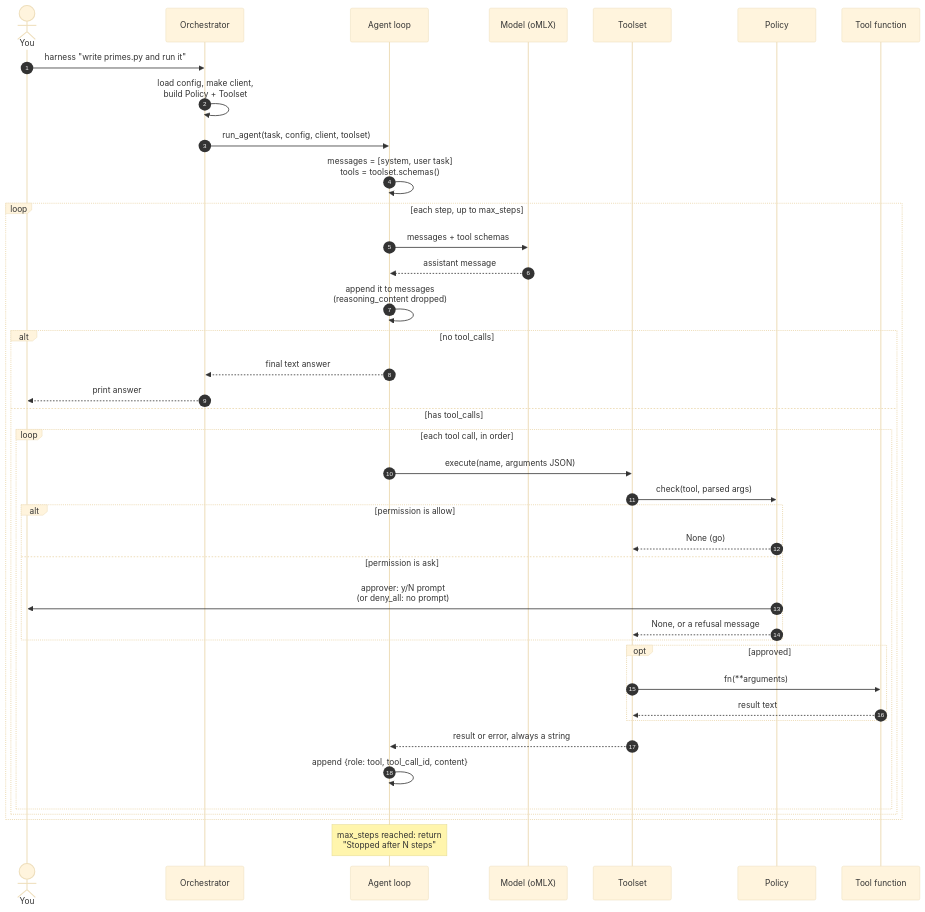
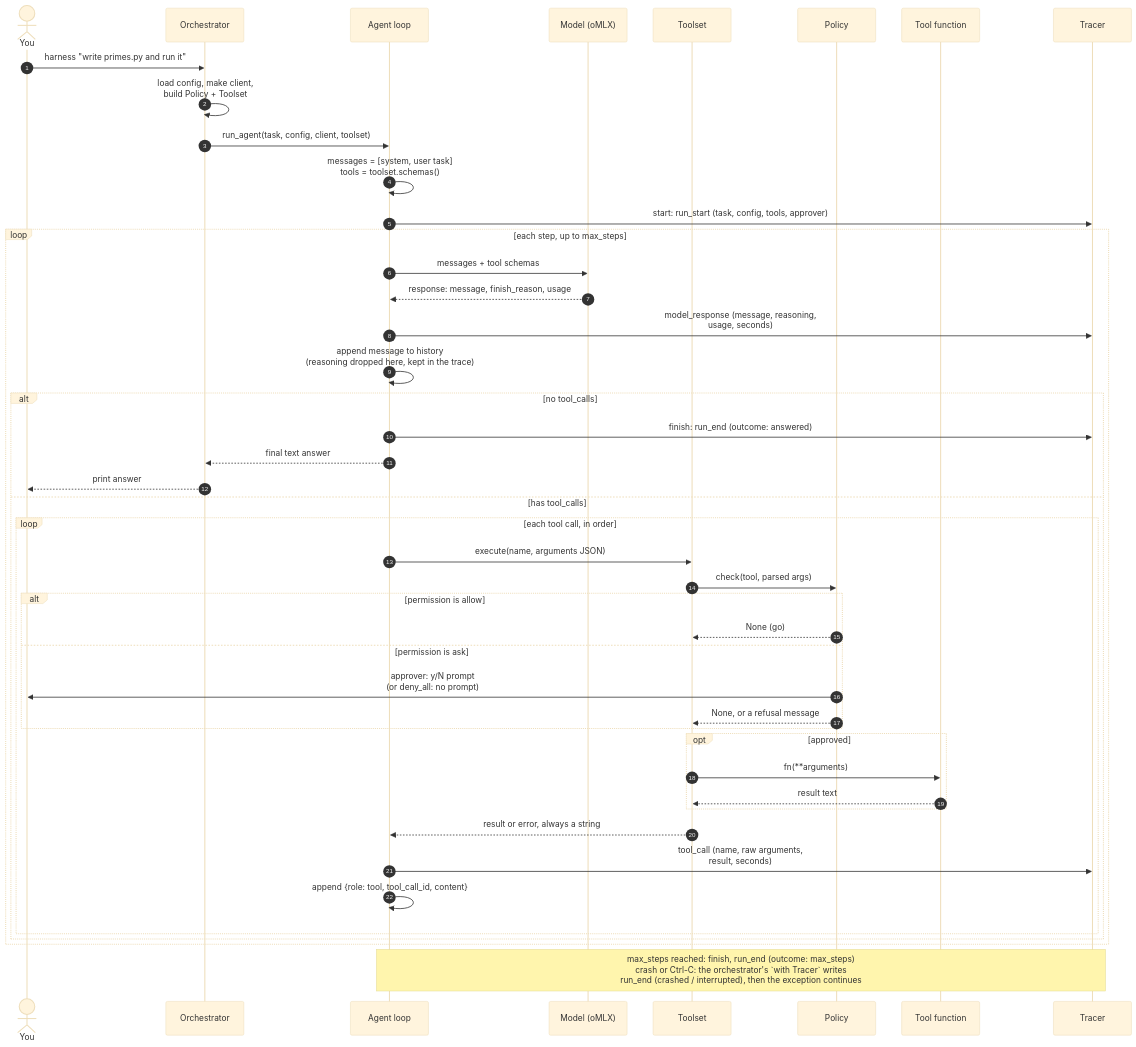
The second of 4 diagrams in visual_representation.md (adgnvtefc/agentic-harness), drawn with Mermaid (base theme) before and after one commit. The commit also changed other lines of this file and 9 other files, not shown here.

````diff
--- a/visual_representation.md
+++ b/visual_representation.md
@@ -60,44 +64,49 @@
 ```mermaid
 sequenceDiagram
     autonumber
     actor You
     participant O as Orchestrator
     participant A as Agent loop
     participant M as Model (oMLX)
     participant T as Toolset
     participant P as Policy
     participant F as Tool function
+    participant R as Tracer
 
     You->>O: harness "write primes.py and run it"
     O->>O: load config, make client,<br/>build Policy + Toolset
     O->>A: run_agent(task, config, client, toolset)
     A->>A: messages = [system, user task]<br/>tools = toolset.schemas()
+    A->>R: start: run_start (task, config, tools, approver)
 
     loop each step, up to max_steps
         A->>M: messages + tool schemas
-        M-->>A: assistant message
-        A->>A: append it to messages<br/>(reasoning_content dropped)
+        M-->>A: response: message, finish_reason, usage
+        A->>R: model_response (message, reasoning,<br/>usage, seconds)
+        A->>A: append message to history<br/>(reasoning dropped here, kept in the trace)
         alt no tool_calls
+            A->>R: finish: run_end (outcome: answered)
             A-->>O: final text answer
             O-->>You: print answer
         else has tool_calls
             loop each tool call, in order
                 A->>T: execute(name, arguments JSON)
                 T->>P: check(tool, parsed args)
                 alt permission is allow
                     P-->>T: None (go)
                 else permission is ask
                     P->>You: approver: y/N prompt<br/>(or deny_all: no prompt)
                     P-->>T: None, or a refusal message
                 end
                 opt approved
                     T->>F: fn(**arguments)
                     F-->>T: result text
                 end
                 T-->>A: result or error, always a string
+                A->>R: tool_call (name, raw arguments,<br/>result, seconds)
                 A->>A: append {role: tool, tool_call_id, content}
             end
         end
     end
-    Note over A: max_steps reached: return<br/>"Stopped after N steps"
+    Note over A,R: max_steps reached: finish, run_end (outcome: max_steps)<br/>crash or Ctrl-C: the orchestrator's `with Tracer` writes<br/>run_end (crashed / interrupted), then the exception continues
 ```
````
